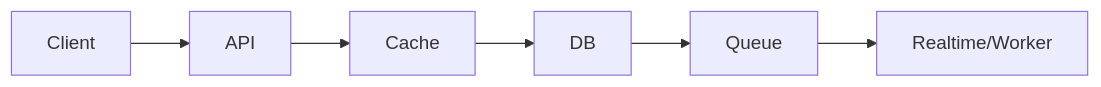
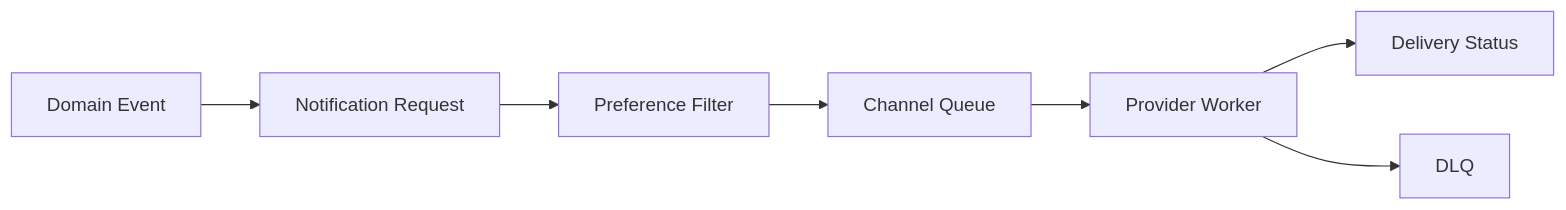
The diagram in content/System Design/14. 실전 설계 사례 URL Shortener Notification Chat/02. Notification System 설계 상세.md (thisis-joe/thisis-joe.github.io), drawn with Mermaid before and after one commit. The commit also changed other lines of this file and 595 other files, not shown here.

````diff
--- a/content/System Design/14. 실전 설계 사례 URL Shortener Notification Chat/02. Notification System 설계 상세.md
+++ b/content/System Design/14. 실전 설계 사례 URL Shortener Notification Chat/02. Notification System 설계 상세.md
@@ -42,8 +54,9 @@
 ```mermaid
 flowchart LR
-    A["Client"] --> B["API"]
-    B["API"] --> C["Cache"]
-    C["Cache"] --> D["DB"]
-    D["DB"] --> E["Queue"]
-    E["Queue"] --> F["Realtime/Worker"]
+    A["Domain Event"] --> B["Notification Request"]
+    B --> C["Preference Filter"]
+    C --> D["Channel Queue"]
+    D --> E["Provider Worker"]
+    E --> F["Delivery Status"]
+    E --> G["DLQ"]
 ```
````
